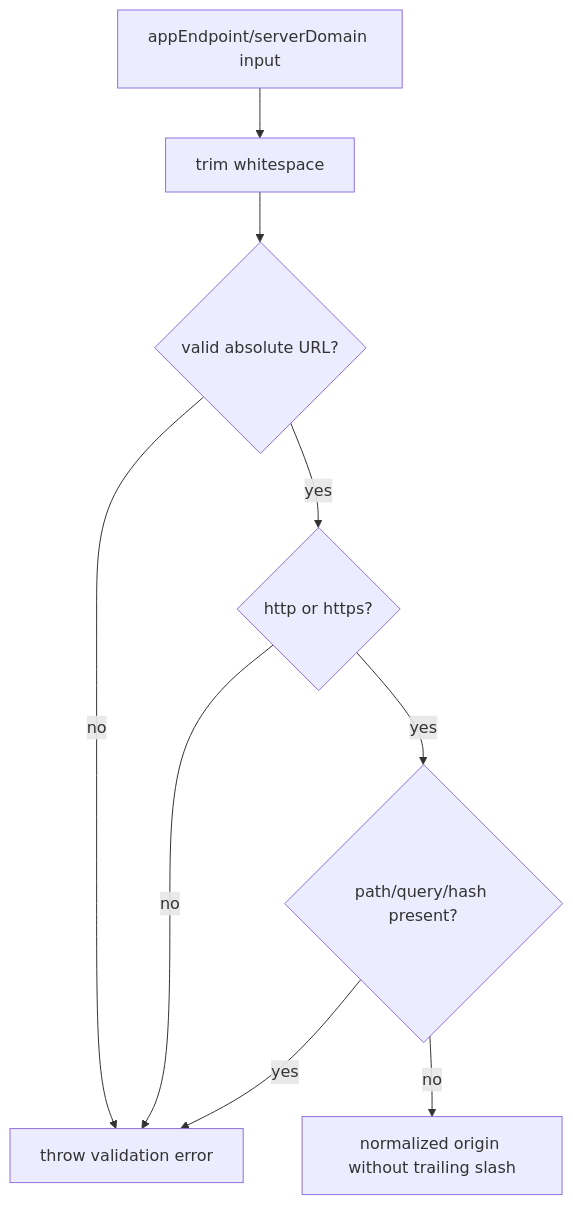
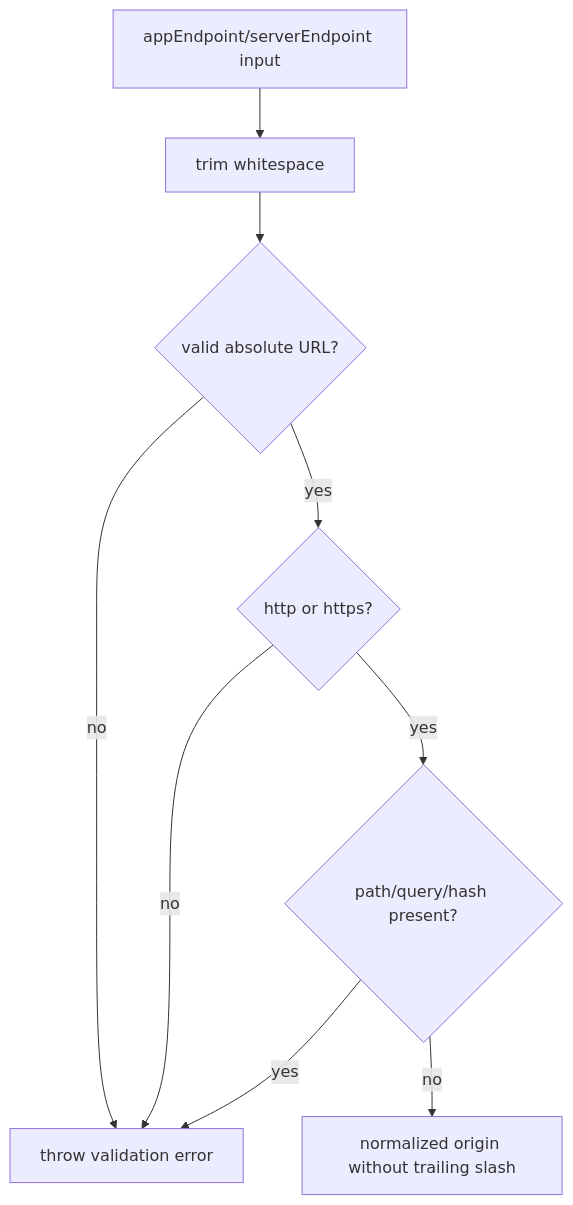
One commit to ex3ndr/daycare changed the diagram in doc/internals/daycare-app-endpoint-normalization.md. Above: the diagram before and after it, drawn with Mermaid. The commit also changed other lines of this file and 12 other files, not shown here.

Commit message:
feat(app-link): rename serverDomain to serverEndpoint

````diff
--- a/doc/internals/daycare-app-endpoint-normalization.md
+++ b/doc/internals/daycare-app-endpoint-normalization.md
@@ -12,11 +12,11 @@
 ```mermaid
 flowchart TD
-  Input[appEndpoint/serverDomain input] --> Trim[trim whitespace]
+  Input[appEndpoint/serverEndpoint input] --> Trim[trim whitespace]
   Trim --> Parse{valid absolute URL?}
   Parse -->|no| Error[throw validation error]
   Parse -->|yes| Scheme{http or https?}
   Scheme -->|no| Error
   Scheme -->|yes| Shape{path/query/hash present?}
   Shape -->|yes| Error
   Shape -->|no| Out[normalized origin without trailing slash]
 ```
````
